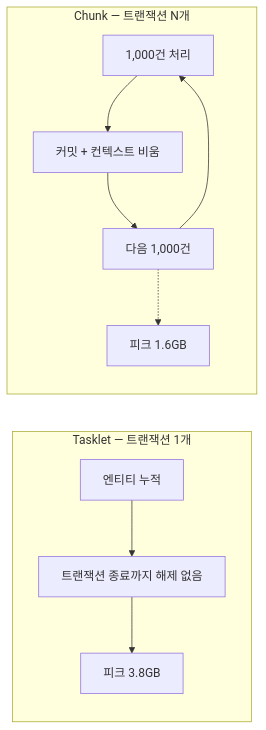
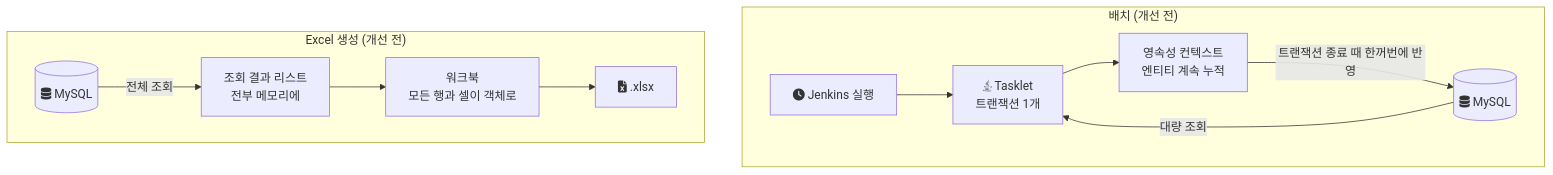
Before and after one commit to polynomeer/polynomeer.github.io: the first of 4 diagrams in _posts/notes/common/2025-12-06-batch-heap-dump-to-chunk.md, drawn with Mermaid. The commit also changed other lines of this file, not shown here.

Commit message:
docs(notes): rewrite the heap dump to chunk post with lab measurements

````diff
--- a/_posts/notes/common/2025-12-06-batch-heap-dump-to-chunk.md
+++ b/_posts/notes/common/2025-12-06-batch-heap-dump-to-chunk.md
@@ -74,12 +43,14 @@
 ```mermaid
-flowchart LR
-    subgraph T["Tasklet — 트랜잭션 1개"]
-        direction TB
-        T1["엔티티 누적"] --> T2["트랜잭션 종료까지 해제 없음"] --> T3["피크 3.8GB"]
+flowchart TD
+    subgraph BATCH["배치 (개선 전)"]
+        C1["fa:fa-clock Jenkins 실행"] --> T1["fab:fa-java Tasklet<br/>트랜잭션 1개"]
+        DB1[("fa:fa-database MySQL")] -->|"대량 조회"| T1
+        T1 --> PC["영속성 컨텍스트<br/>엔티티 계속 누적"]
+        PC -->|"트랜잭션 종료 때 한꺼번에 반영"| DB1
     end
-    subgraph C["Chunk — 트랜잭션 N개"]
-        direction TB
-        C1["1,000건 처리"] --> C2["커밋 + 컨텍스트 비움"] --> C3["다음 1,000건"] --> C1
-        C3 -.-> C4["피크 1.6GB"]
+    subgraph EXCEL["Excel 생성 (개선 전)"]
+        DB2[("fa:fa-database MySQL")] -->|"전체 조회"| L["조회 결과 리스트<br/>전부 메모리에"]
+        L --> WB["워크북<br/>모든 행과 셀이 객체로"]
+        WB --> X["fa:fa-file-excel .xlsx"]
     end
 ```
````
